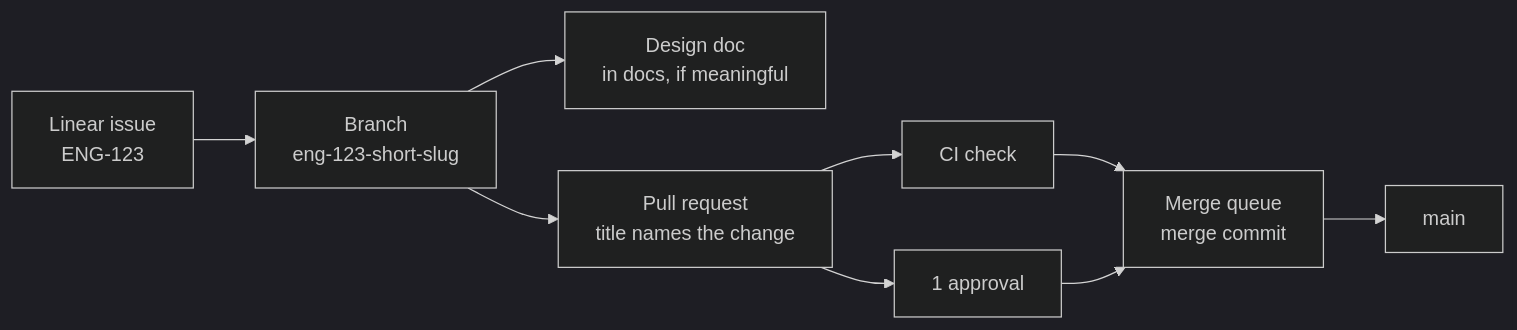
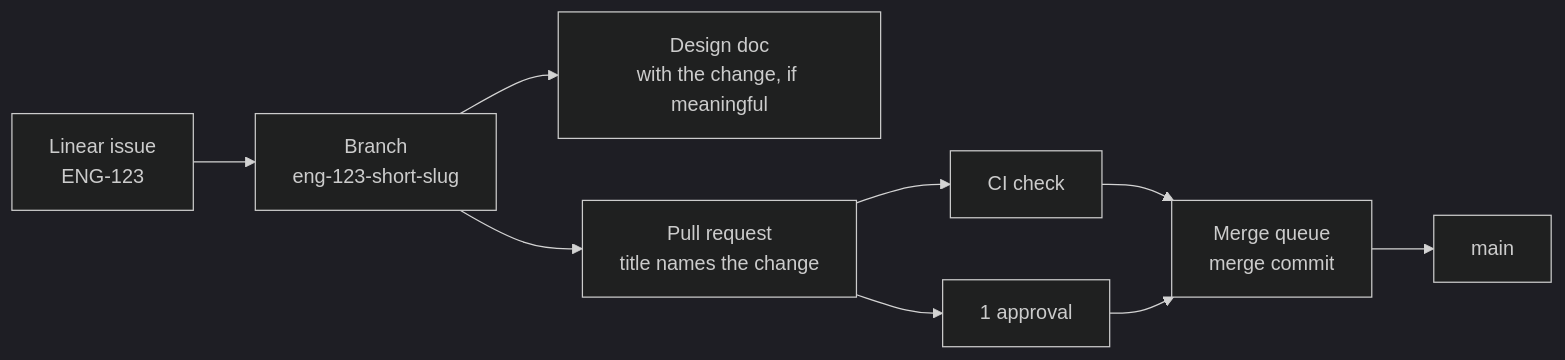
The diagram in CONTRIBUTING.md (arikkfir-org/docs), drawn with Mermaid (dark theme) before and after one commit. The commit also changed other lines of this file and 2 other files, not shown here.

First line of the commit message:
docs: ship each design with its change, split across repositories

````diff
--- a/CONTRIBUTING.md
+++ b/CONTRIBUTING.md
@@ -7,11 +7,11 @@
 ```mermaid
 flowchart LR
   L[Linear issue<br/>ENG-123] --> B[Branch<br/>eng-123-short-slug]
-  B --> D[Design doc<br/>in docs, if meaningful]
+  B --> D[Design doc<br/>with the change, if meaningful]
   B --> P[Pull request<br/>title names the change]
   P --> C[CI check]
   P --> R[1 approval]
   C --> Q[Merge queue<br/>merge commit]
   R --> Q
   Q --> M[main]
 ```
````
